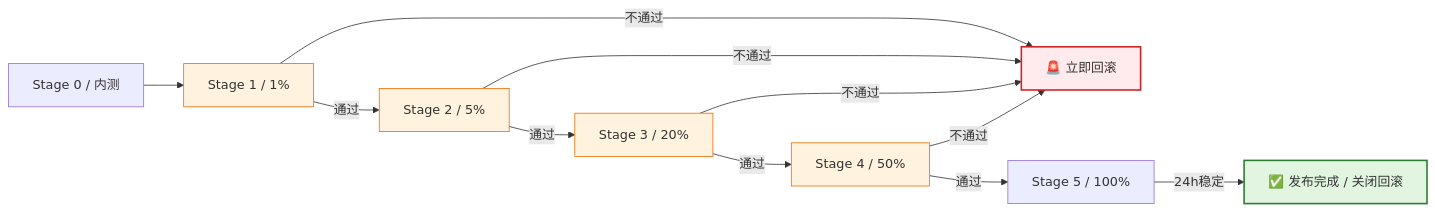
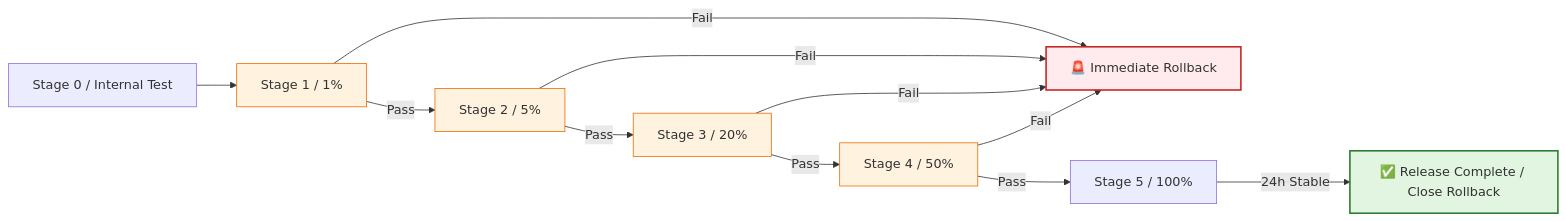
One commit to Kirky-X/cangjie changed the second of 8 diagrams in templates/产品/交付层/【模板】发布计划文档.md. Above: the diagram before and after it, drawn with Mermaid. The commit also changed other lines of this file and 46 other files, not shown here.

````diff
--- a/templates/产品/交付层/【模板】发布计划文档.md
+++ b/templates/产品/交付层/【模板】发布计划文档.md
@@ -237,20 +237,20 @@
 ```mermaid
 flowchart LR
-    S0[Stage 0 / 内测] --> S1[Stage 1 / 1%]
-    S1 -->|通过| S2[Stage 2 / 5%]
-    S1 -->|不通过| R[🚨 立即回滚]
-    S2 -->|通过| S3[Stage 3 / 20%]
-    S2 -->|不通过| R
-    S3 -->|通过| S4[Stage 4 / 50%]
-    S3 -->|不通过| R
-    S4 -->|通过| S5[Stage 5 / 100%]
-    S4 -->|不通过| R
-    S5 -->|24h稳定| E[✅ 发布完成 / 关闭回滚]
+    S0[Stage 0 / Internal Test] --> S1[Stage 1 / 1%]
+    S1 -->|Pass| S2[Stage 2 / 5%]
+    S1 -->|Fail| R[🚨 Immediate Rollback]
+    S2 -->|Pass| S3[Stage 3 / 20%]
+    S2 -->|Fail| R
+    S3 -->|Pass| S4[Stage 4 / 50%]
+    S3 -->|Fail| R
+    S4 -->|Pass| S5[Stage 5 / 100%]
+    S4 -->|Fail| R
+    S5 -->|24h Stable| E[✅ Release Complete / Close Rollback]
 
     style R fill:#ffebee,stroke:#c62828,stroke-width:2px
     style E fill:#e1f5e1,stroke:#2e7d32,stroke-width:2px
     style S1 fill:#fff3e0,stroke:#ef6c00
     style S2 fill:#fff3e0,stroke:#ef6c00
     style S3 fill:#fff3e0,stroke:#ef6c00
     style S4 fill:#fff3e0,stroke:#ef6c00
 ```
````
